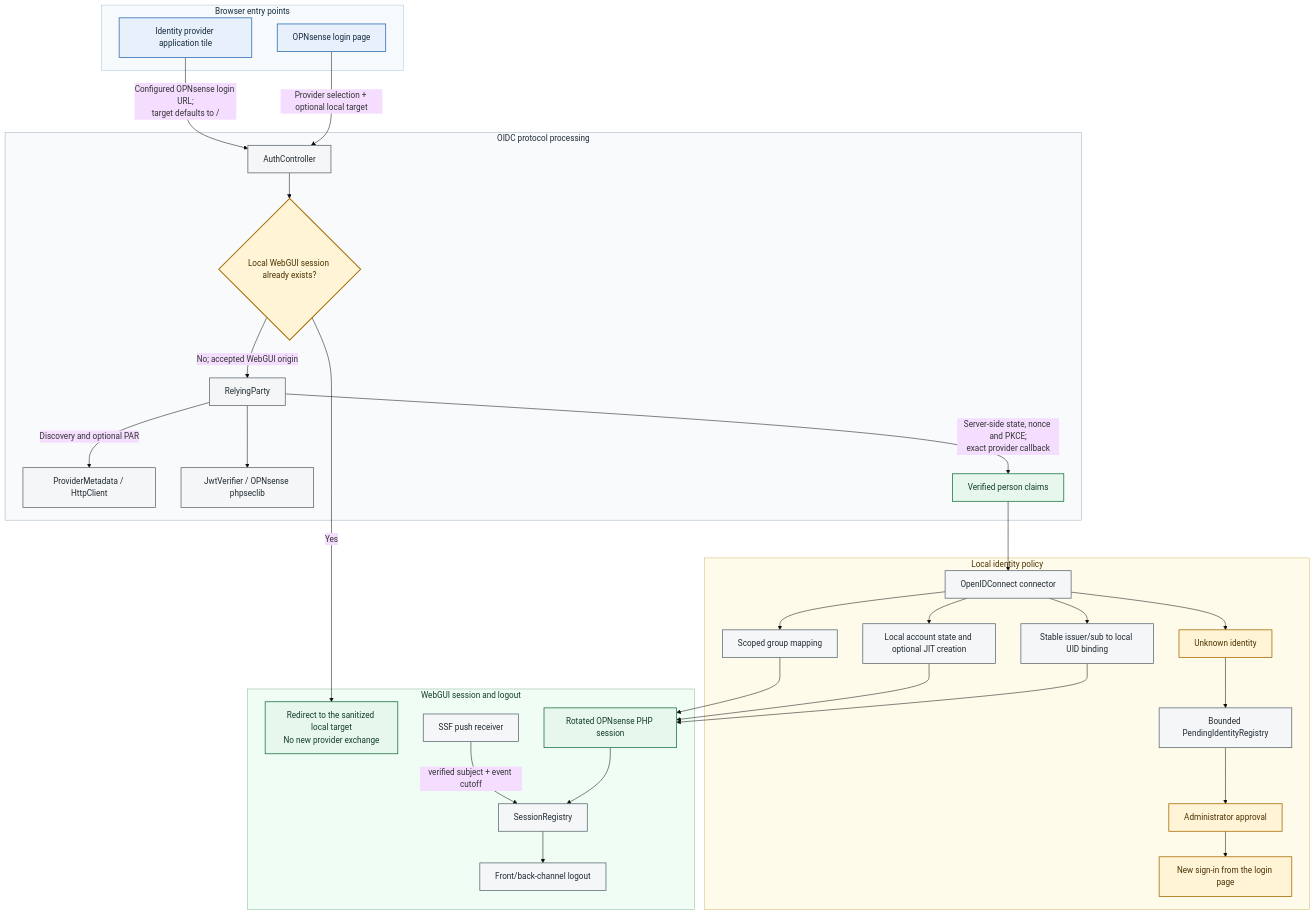
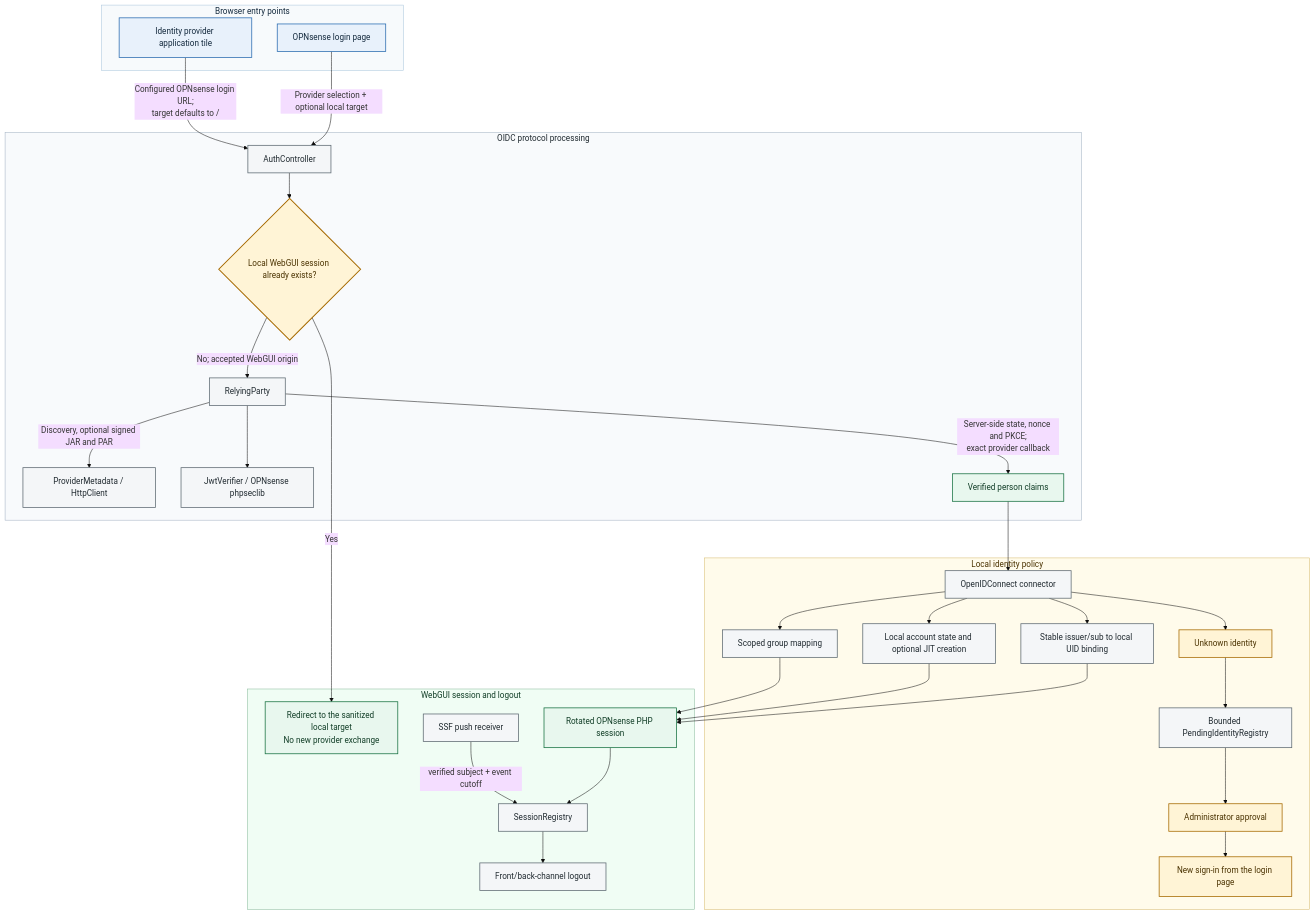
The first of 2 diagrams in docs/reference/architecture.md (jpawlowski/opnsense-openid-connect), drawn with Mermaid (base theme) before and after one commit. The commit also changed other lines of this file and 24 other files, not shown here.

````diff
--- a/docs/reference/architecture.md
+++ b/docs/reference/architecture.md
@@ -12,77 +12,77 @@
 ```mermaid
 flowchart TD
     accTitle: OpenID Connect architecture and data flow
     accDescr: Browser entry points converge on one protected OIDC transaction, followed by local identity policy, session creation and logout handling.
 
     subgraph BrowserEntry["Browser entry points"]
         LoginPage["OPNsense login page"]
         IdpTile["Identity provider application tile"]
     end
 
     subgraph Protocol["OIDC protocol processing"]
         AuthController["AuthController"]
         ExistingSession{"Local WebGUI session already exists?"}
         RelyingParty["RelyingParty"]
         ProviderServices["ProviderMetadata / HttpClient"]
         TokenVerification["JwtVerifier / OPNsense phpseclib"]
         VerifiedClaims["Verified person claims"]
     end
 
     subgraph IdentityPolicy["Local identity policy"]
         Connector["OpenIDConnect connector"]
         UidBinding["Stable issuer/sub to local UID binding"]
         PendingIdentity["Unknown identity"]
         PendingRegistry["Bounded PendingIdentityRegistry"]
         AdminApproval["Administrator approval"]
         NewSignIn["New sign-in from the login page"]
         AccountPolicy["Local account state and optional JIT creation"]
         GroupMapping["Scoped group mapping"]
     end
 
     subgraph SessionLifecycle["WebGUI session and logout"]
         LocalRedirect["Redirect to the sanitized local target<br/>No new provider exchange"]
         PhpSession["Rotated OPNsense PHP session"]
         SessionRegistry["SessionRegistry"]
         Logout["Front/back-channel logout"]
         SharedSignals["SSF push receiver"]
     end
 
     LoginPage -->|"Provider selection + optional local target"| AuthController
     IdpTile -->|"Configured OPNsense login URL;<br/>target defaults to /"| AuthController
     AuthController --> ExistingSession
     ExistingSession -->|"Yes"| LocalRedirect
     ExistingSession -->|"No; accepted WebGUI origin"| RelyingParty
-    RelyingParty -->|"Discovery and optional PAR"| ProviderServices
+    RelyingParty -->|"Discovery, optional signed JAR and PAR"| ProviderServices
     RelyingParty --> TokenVerification
     RelyingParty -->|"Server-side state, nonce and PKCE;<br/>exact provider callback"| VerifiedClaims
     VerifiedClaims --> Connector
     Connector --> UidBinding
     Connector --> PendingIdentity --> PendingRegistry --> AdminApproval
     Connector --> AccountPolicy
     Connector --> GroupMapping
     UidBinding --> PhpSession
     AccountPolicy --> PhpSession
     GroupMapping --> PhpSession
     AdminApproval --> NewSignIn
     PhpSession --> SessionRegistry --> Logout
     SharedSignals -->|"verified subject + event cutoff"| SessionRegistry
 
     classDef entry fill:#E8F1FB,stroke:#2B6CB0,color:#13293D,stroke-width:1.5px;
     classDef process fill:#F4F6F8,stroke:#5F6B73,color:#202A30,stroke-width:1.5px;
     classDef decision fill:#FFF4D6,stroke:#A66A00,color:#4A3200,stroke-width:2px;
     classDef success fill:#E8F7EE,stroke:#197343,color:#103D26,stroke-width:1.5px;
     classDef warning fill:#FFF4D6,stroke:#A66A00,color:#4A3200,stroke-width:1.5px;
 
     class LoginPage,IdpTile entry;
     class AuthController,RelyingParty,ProviderServices,TokenVerification process;
     class Connector,UidBinding,PendingRegistry,AccountPolicy,GroupMapping process;
     class SessionRegistry,Logout,SharedSignals process;
     class ExistingSession decision;
     class VerifiedClaims,LocalRedirect,PhpSession success;
     class PendingIdentity,AdminApproval,NewSignIn warning;
 
     style BrowserEntry fill:#F7FAFC,stroke:#A8C4DC,color:#13293D;
     style Protocol fill:#F8FAFC,stroke:#A0AEC0,color:#202A30;
     style IdentityPolicy fill:#FFFBEB,stroke:#D6B968,color:#4A3200;
     style SessionLifecycle fill:#F0FDF4,stroke:#86B99A,color:#103D26;
 ```
````
